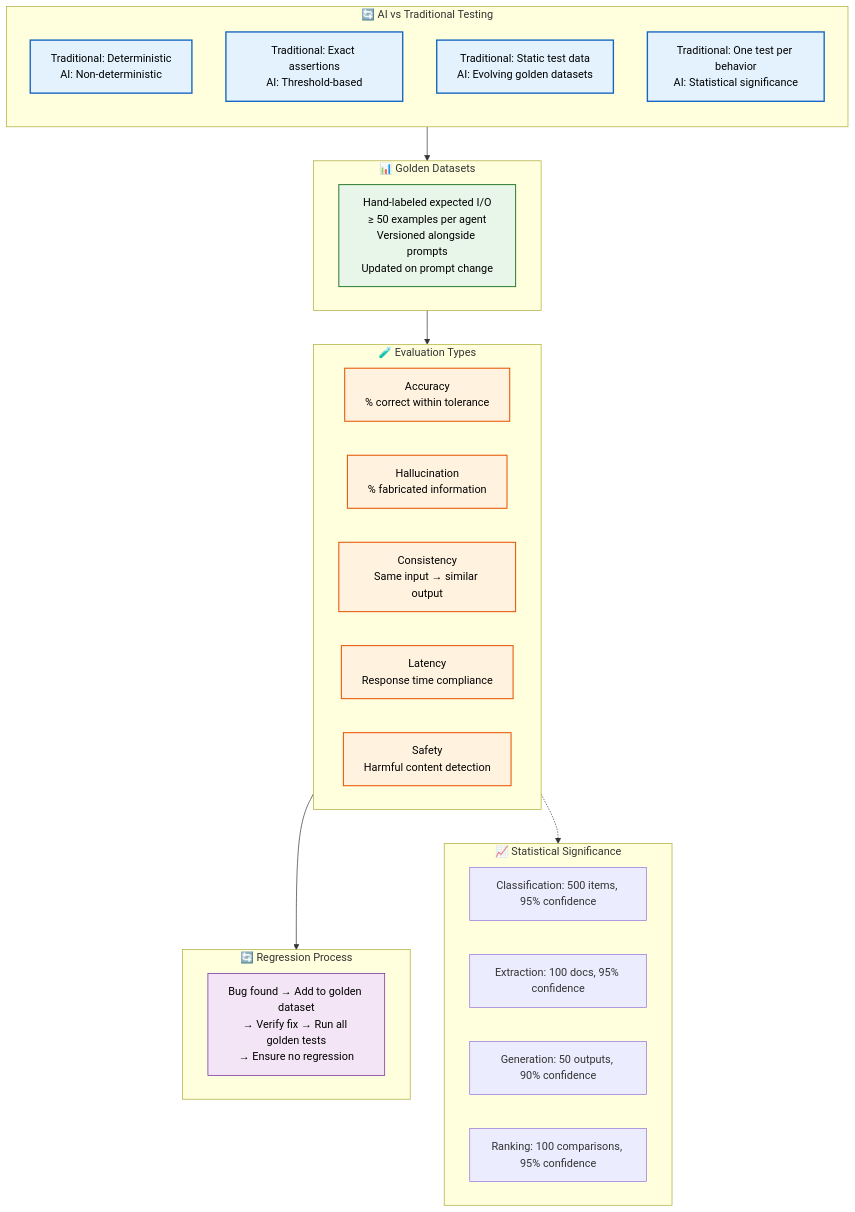
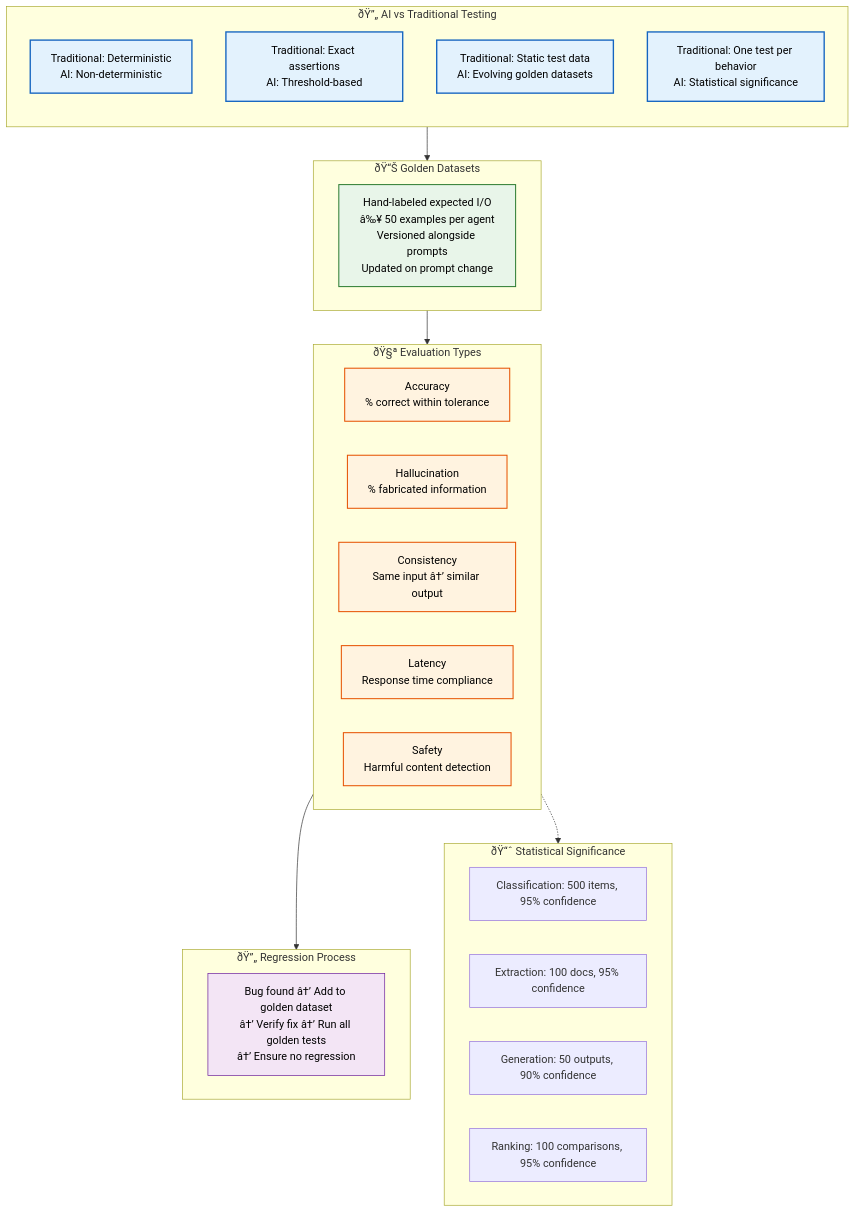
The first of 2 diagrams in Docs/Testing/AI-Testing.md (Driftloom/Vaeloom), drawn with Mermaid before and after one commit. The commit also changed other lines of this file and 249 other files, not shown here.

````diff
--- a/Docs/Testing/AI-Testing.md
+++ b/Docs/Testing/AI-Testing.md
@@ -8,47 +8,47 @@
 ```mermaid
 graph TD
     classDef diff fill:#e3f2fd,stroke:#1565c0,color:#000,stroke-width:2px
     classDef golden fill:#e8f5e9,stroke:#2e7d32,color:#000,stroke-width:1.5px
     classDef eval fill:#fff3e0,stroke:#e65100,color:#000,stroke-width:1.5px
     classDef regress fill:#f3e5f5,stroke:#6a1b9a,color:#000,stroke-width:1px
 
-    subgraph Differences["🔄 AI vs Traditional Testing"]
+    subgraph Differences["ðŸ”„ AI vs Traditional Testing"]
         direction TB
         D1["Traditional: Deterministic<br/>AI: Non-deterministic"]
         D2["Traditional: Exact assertions<br/>AI: Threshold-based"]
         D3["Traditional: Static test data<br/>AI: Evolving golden datasets"]
         D4["Traditional: One test per behavior<br/>AI: Statistical significance"]
     end
 
-    subgraph GoldenDatasets["📊 Golden Datasets"]
-        G1["Hand-labeled expected I/O<br/>≥ 50 examples per agent<br/>Versioned alongside prompts<br/>Updated on prompt change"]
+    subgraph GoldenDatasets["ðŸ“Š Golden Datasets"]
+        G1["Hand-labeled expected I/O<br/>â‰¥ 50 examples per agent<br/>Versioned alongside prompts<br/>Updated on prompt change"]
     end
 
-    subgraph Evals["🧪 Evaluation Types"]
+    subgraph Evals["ðŸ§ª Evaluation Types"]
         E1["Accuracy<br/>% correct within tolerance"]
         E2["Hallucination<br/>% fabricated information"]
-        E3["Consistency<br/>Same input → similar output"]
+        E3["Consistency<br/>Same input â†’ similar output"]
         E4["Latency<br/>Response time compliance"]
         E5["Safety<br/>Harmful content detection"]
     end
 
-    subgraph Regression["🔄 Regression Process"]
-        R1["Bug found → Add to golden dataset<br/>→ Verify fix → Run all golden tests<br/>→ Ensure no regression"]
+    subgraph Regression["ðŸ”„ Regression Process"]
+        R1["Bug found â†’ Add to golden dataset<br/>â†’ Verify fix â†’ Run all golden tests<br/>â†’ Ensure no regression"]
     end
 
-    subgraph Stats["📈 Statistical Significance"]
+    subgraph Stats["ðŸ“ˆ Statistical Significance"]
         S1["Classification: 500 items, 95% confidence"]
         S2["Extraction: 100 docs, 95% confidence"]
         S3["Generation: 50 outputs, 90% confidence"]
         S4["Ranking: 100 comparisons, 95% confidence"]
     end
 
     Differences --> GoldenDatasets --> Evals --> Regression
     Evals -.-> Stats
 
     class D1,D2,D3,D4 diff
     class G1 golden
     class E1,E2,E3,E4,E5 eval
     class R1 regress
     class S1,S2,S3,S4 stats
 ```
````
